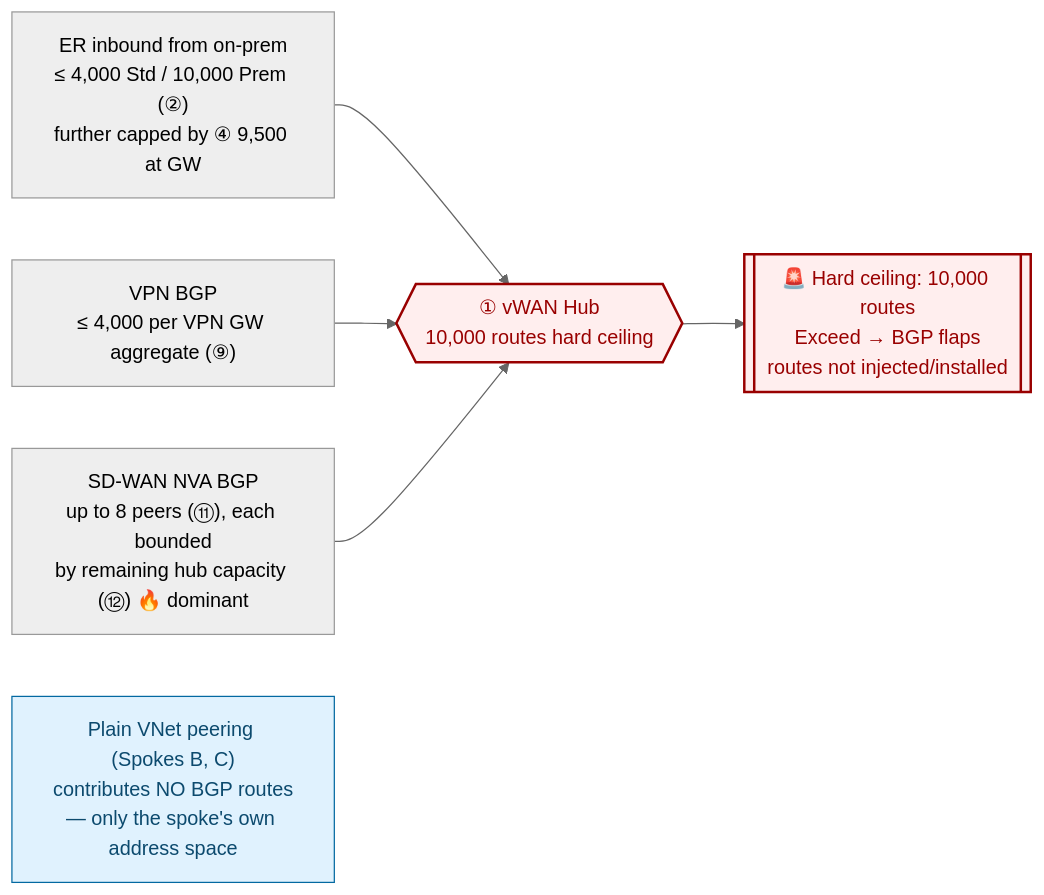
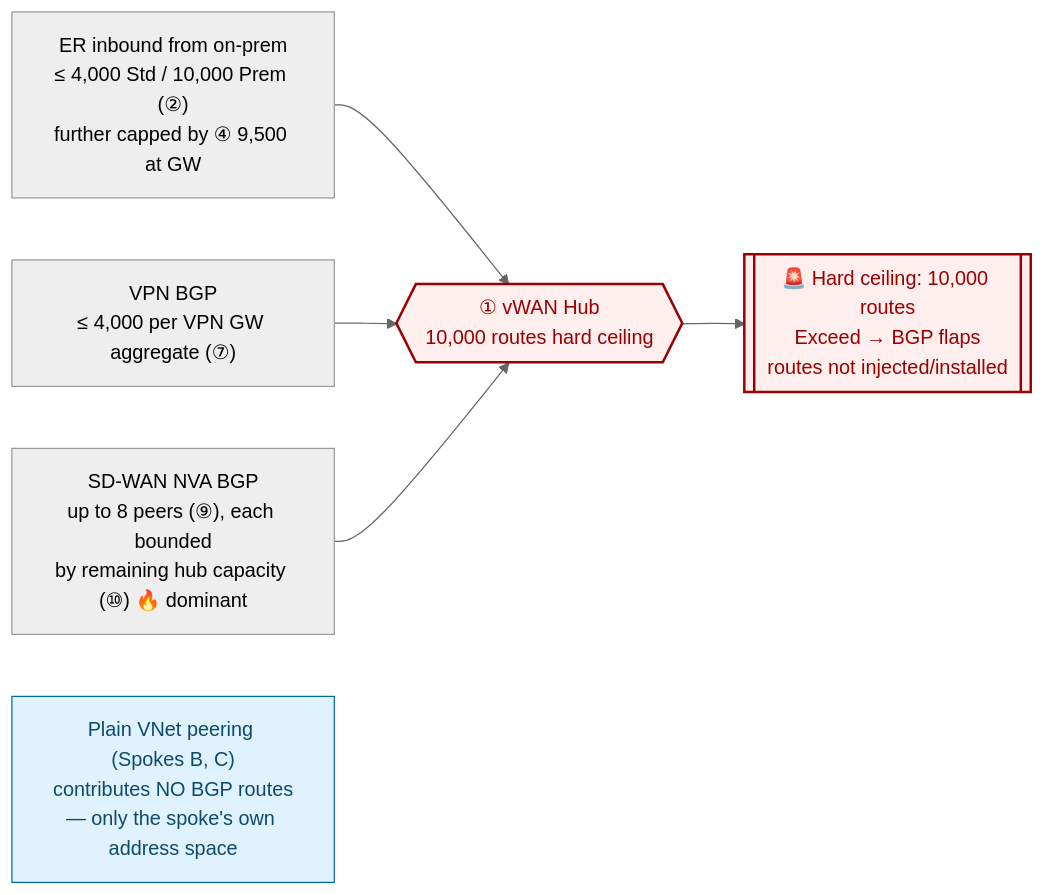
Before and after one commit to adtork/vwan-routing-limits: the second of 3 diagrams in README.md, drawn with Mermaid (neutral theme). The commit also changed other lines of this file, not shown here.

Commit message:
Scope cheat sheet to route limits only: drop throughput (ER GW 20G, VPN GW 20G/1G), 2k VMs/hub, and 50G hub transit; renumber 12 items

````diff
--- a/README.md
+++ b/README.md
@@ -101,15 +101,15 @@
 ```mermaid
 flowchart LR
     A["ER inbound from on-prem<br/>≤ 4,000 Std / 10,000 Prem (②)<br/>further capped by ④ 9,500 at GW"] --> H{{"① vWAN Hub<br/>10,000 routes hard ceiling"}}
-    B["VPN BGP<br/>≤ 4,000 per VPN GW aggregate (⑨)"] --> H
-    C["SD-WAN NVA BGP<br/>up to 8 peers (⑪), each bounded<br/>by remaining hub capacity (⑫) 🔥 dominant"] --> H
+    B["VPN BGP<br/>≤ 4,000 per VPN GW aggregate (⑦)"] --> H
+    C["SD-WAN NVA BGP<br/>up to 8 peers (⑨), each bounded<br/>by remaining hub capacity (⑩) 🔥 dominant"] --> H
 
     H --> X[["🚨 Hard ceiling: 10,000 routes<br/>Exceed → BGP flaps<br/>routes not injected/installed"]]
 
     note["Plain VNet peering (Spokes B, C)<br/>contributes NO BGP routes<br/>— only the spoke's own address space"]
 
     classDef danger fill:#fee,stroke:#900,stroke-width:2px,color:#900
     classDef info fill:#e0f2fe,stroke:#0369a1,color:#0c4a6e
     class X,H danger
     class note info
 ```
````
